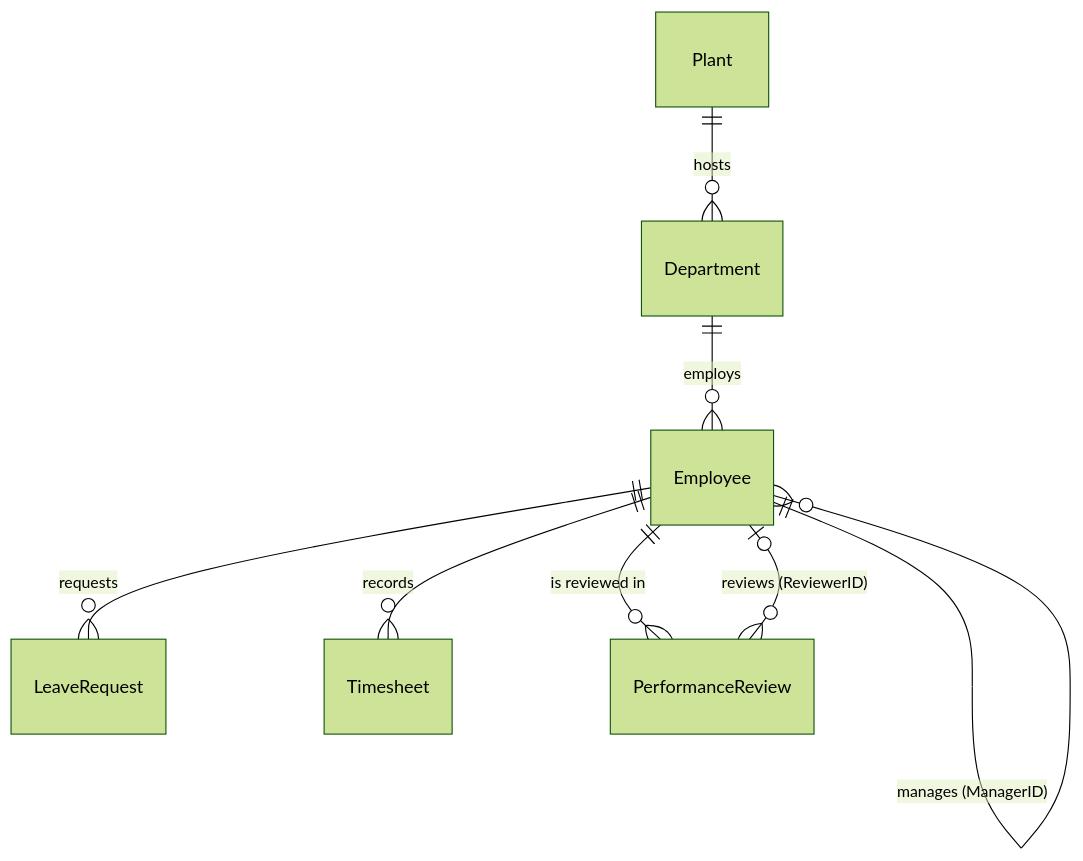
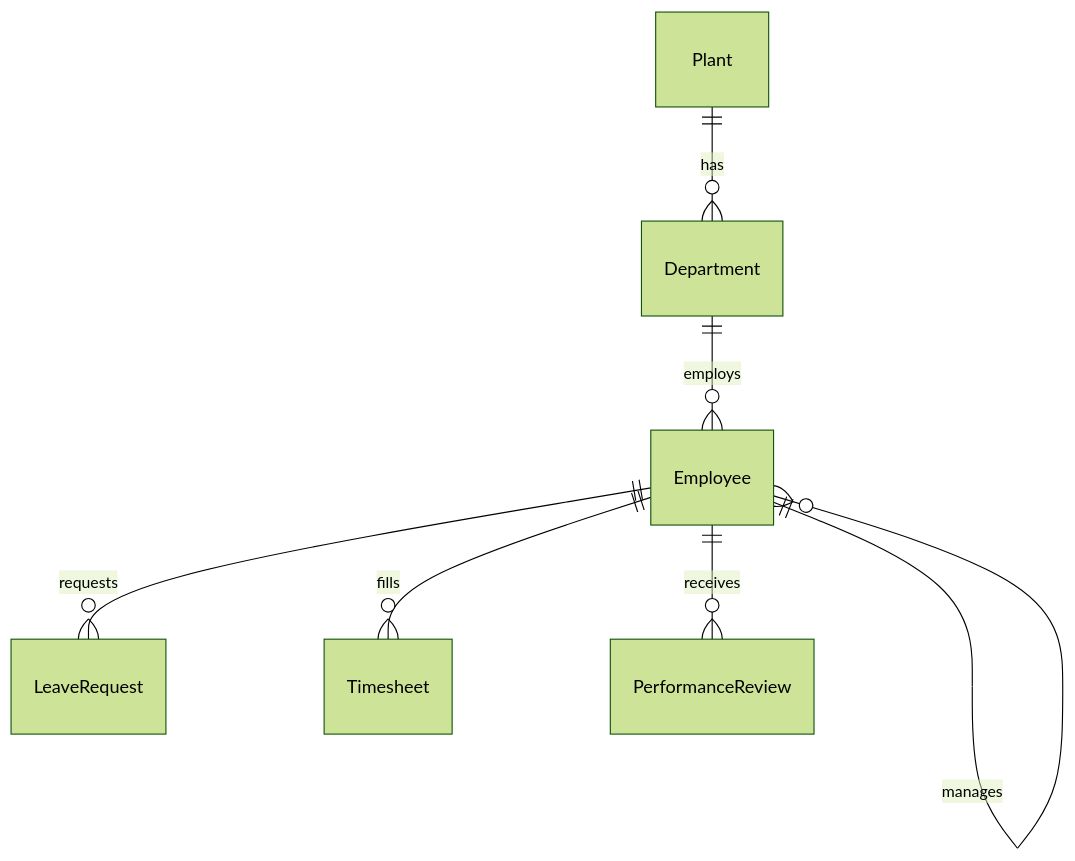
Before and after one commit to Hycinthsakayam/WorkHub-HR-Management: the diagram in README.md, drawn with Mermaid (forest theme). The commit also changed other lines of this file, not shown here.

````diff
--- a/README.md
+++ b/README.md
@@ -121,10 +23,9 @@
 ```mermaid
 erDiagram
-    Plant ||--o{ Department : hosts
+    Plant ||--o{ Department : has
     Department ||--o{ Employee : employs
-    Employee ||--o{ Employee : "manages (ManagerID)"
+    Employee ||--o{ Employee : manages
     Employee ||--o{ LeaveRequest : requests
-    Employee ||--o{ Timesheet : records
-    Employee ||--o{ PerformanceReview : "is reviewed in"
-    Employee |o--o{ PerformanceReview : "reviews (ReviewerID)"
+    Employee ||--o{ Timesheet : fills
+    Employee ||--o{ PerformanceReview : receives
 ```
````
